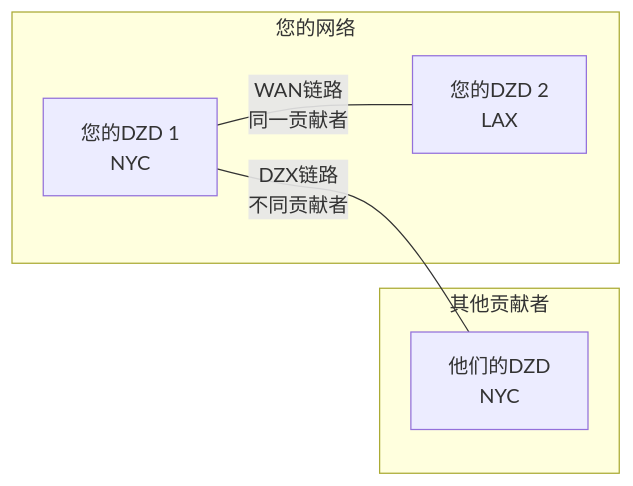
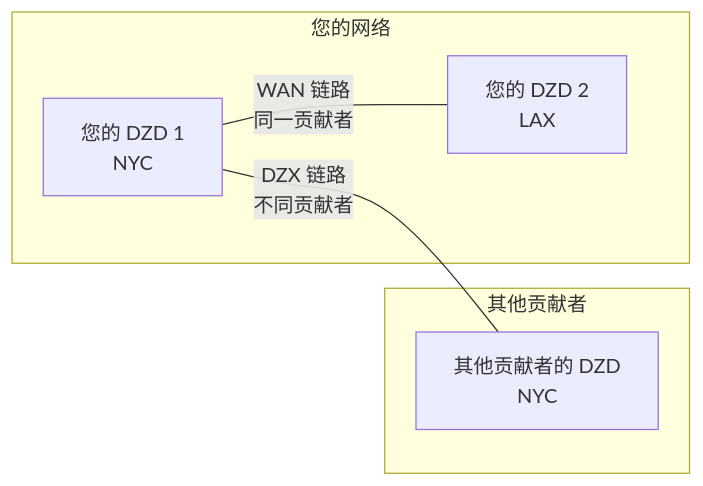
Diagram 11 of 13 in docs/contribute-provisioning.zh.md (malbeclabs/docs), drawn with Mermaid before and after one commit. The commit also changed other lines of this file and 160 other files, not shown here.

````diff
--- a/docs/contribute-provisioning.zh.md
+++ b/docs/contribute-provisioning.zh.md
@@ -578,14 +647,14 @@
 ```mermaid
 flowchart LR
     subgraph "您的网络"
-        D1[您的DZD 1<br/>NYC]
-        D2[您的DZD 2<br/>LAX]
+        D1[您的 DZD 1<br/>NYC]
+        D2[您的 DZD 2<br/>LAX]
     end
 
     subgraph "其他贡献者"
-        O1[他们的DZD<br/>NYC]
+        O1[其他贡献者的 DZD<br/>NYC]
     end
 
-    D1 ---|WAN链路<br/>同一贡献者| D2
-    D1 ---|DZX链路<br/>不同贡献者| O1
+    D1 ---|WAN 链路<br/>同一贡献者| D2
+    D1 ---|DZX 链路<br/>不同贡献者| O1
 ```
````
